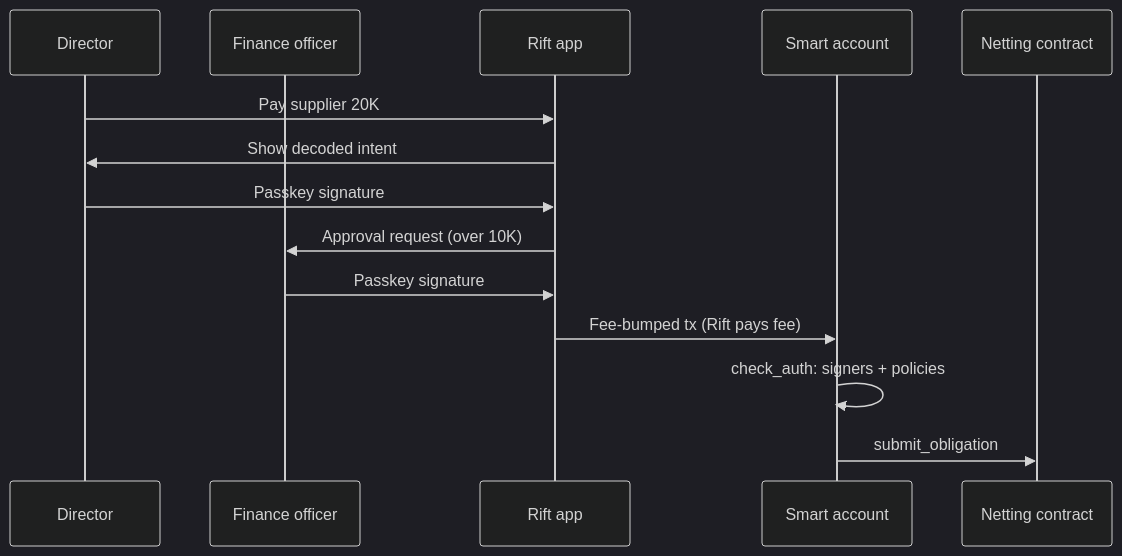
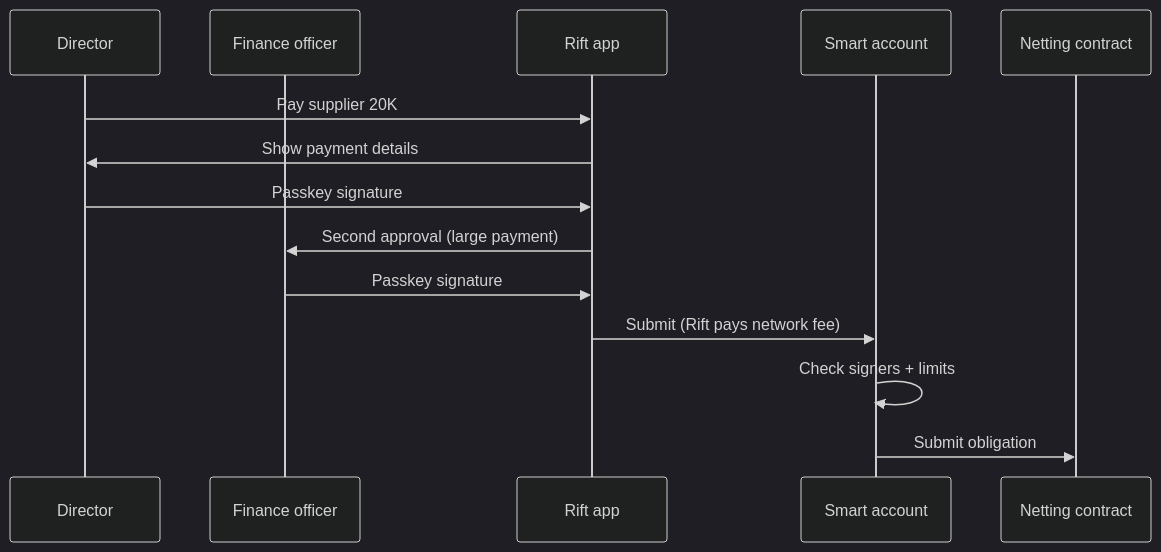
Before and after one commit to Rift-FI/Documents: the fifth of 6 diagrams in Architecture.md, drawn with Mermaid (dark theme). The commit also changed other lines of this file, not shown here.

````diff
--- a/Architecture.md
+++ b/Architecture.md
@@ -171,17 +156,17 @@
 ```mermaid
 sequenceDiagram
   participant D as Director
   participant F as Finance officer
   participant App as Rift app
   participant SA as Smart account
   participant NC as Netting contract
 
   D->>App: Pay supplier 20K
-  App->>D: Show decoded intent
+  App->>D: Show payment details
   D->>App: Passkey signature
-  App->>F: Approval request (over 10K)
+  App->>F: Second approval (large payment)
   F->>App: Passkey signature
-  App->>SA: Fee-bumped tx (Rift pays fee)
-  SA->>SA: check_auth: signers + policies
-  SA->>NC: submit_obligation
+  App->>SA: Submit (Rift pays network fee)
+  SA->>SA: Check signers + limits
+  SA->>NC: Submit obligation
 ```
````
